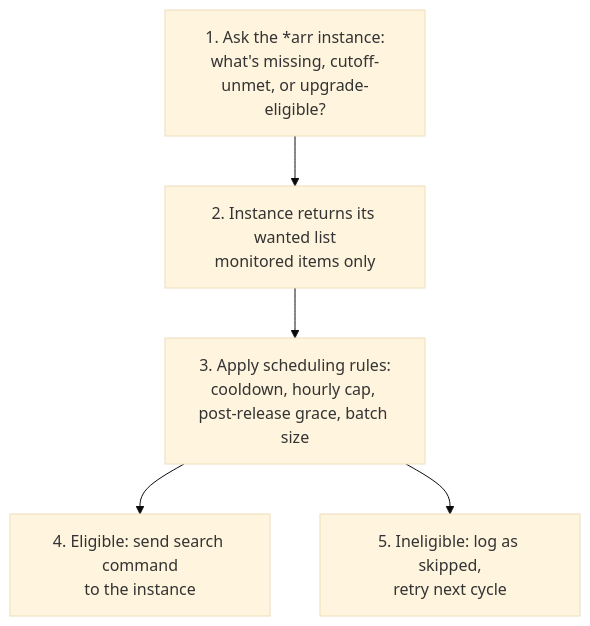
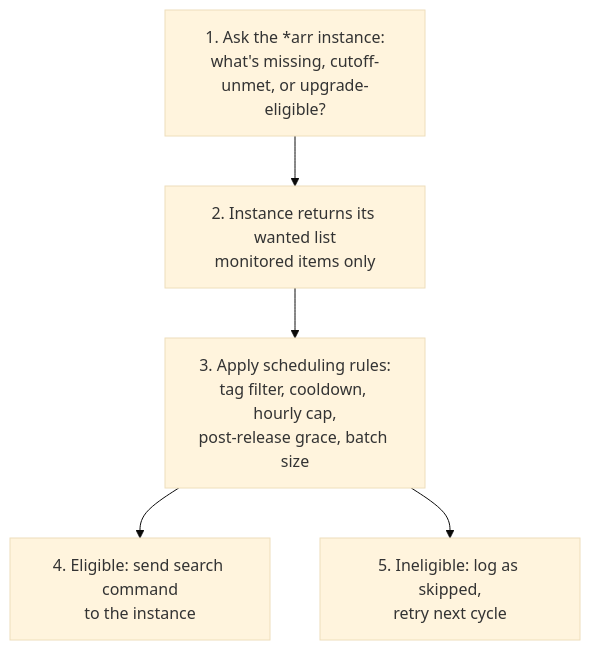
Before and after one commit to av1155/houndarr: the first of 2 diagrams in website/docs/concepts/how-scheduling-works.md, drawn with Mermaid (base theme). The commit also changed other lines of this file and 2 other files, not shown here.

First line of the commit message:
docs(website): document the tag filter feature

````diff
--- a/website/docs/concepts/how-scheduling-works.md
+++ b/website/docs/concepts/how-scheduling-works.md
@@ -20,12 +20,12 @@
 ```mermaid
 flowchart TD
     A["1. Ask the *arr instance:<br/>what's missing, cutoff-unmet, or upgrade-eligible?"]
     B["2. Instance returns its wanted list<br/>monitored items only"]
-    C["3. Apply scheduling rules:<br/>cooldown, hourly cap, post-release grace, batch size"]
+    C["3. Apply scheduling rules:<br/>tag filter, cooldown, hourly cap,<br/>post-release grace, batch size"]
     D["4. Eligible: send search command<br/>to the instance"]
     E["5. Ineligible: log as skipped,<br/>retry next cycle"]
     A --> B
     B --> C
     C --> D
     C --> E
 ```
````
